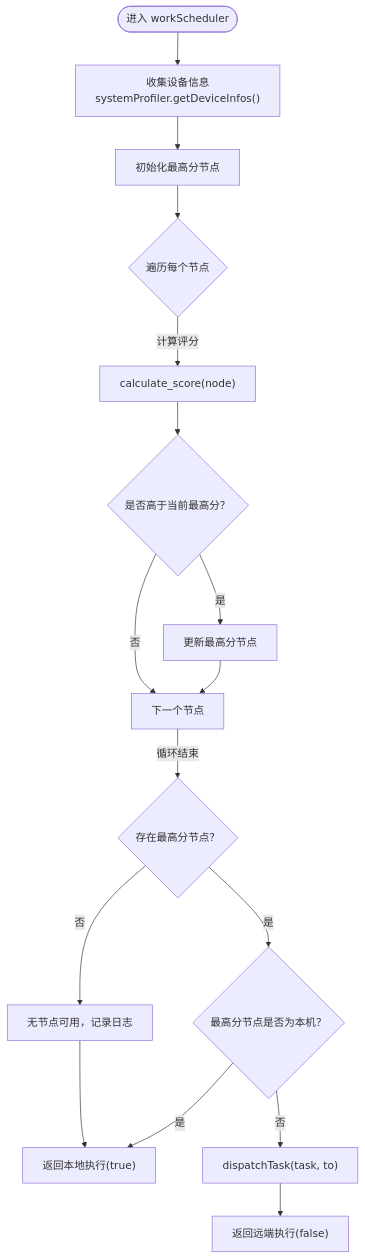
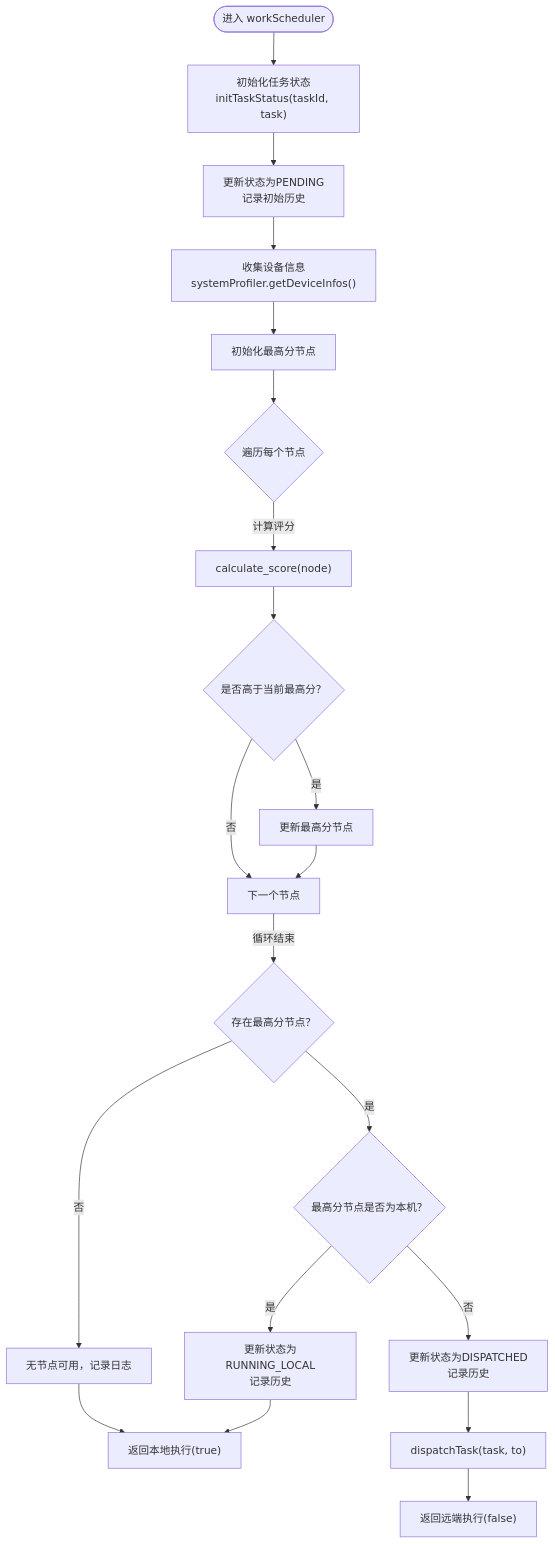
One commit to huo65/OH-Co3 changed the third of 8 diagrams in .qoder/repowiki/zh/content/任务调度系统/任务调度器.md. Above: the diagram before and after it, drawn with Mermaid. The commit also changed other lines of this file and 6 other files, not shown here.

````diff
--- a/.qoder/repowiki/zh/content/任务调度系统/任务调度器.md
+++ b/.qoder/repowiki/zh/content/任务调度系统/任务调度器.md
@@ -182,16 +203,18 @@
 ```mermaid
 flowchart TD
-Start(["进入 workScheduler"]) --> Collect["收集设备信息<br/>systemProfiler.getDeviceInfos()"]
+Start(["进入 workScheduler"]) --> InitStatus["初始化任务状态<br/>initTaskStatus(taskId, task)"]
+InitStatus --> UpdatePending["更新状态为PENDING<br/>记录初始历史"]
+UpdatePending --> Collect["收集设备信息<br/>systemProfiler.getDeviceInfos()"]
 Collect --> InitBest["初始化最高分节点"]
 InitBest --> Loop{"遍历每个节点"}
 Loop --> |计算评分| Score["calculate_score(node)"]
 Score --> Compare{"是否高于当前最高分？"}
 Compare --> |是| Update["更新最高分节点"]
 Compare --> |否| Next["下一个节点"]
 Update --> Next
 Next --> |循环结束| Decide{"存在最高分节点？"}
 Decide --> |否| Log["无节点可用，记录日志"] --> ReturnLocal["返回本地执行(true)"]
 Decide --> |是| CheckOwn{"最高分节点是否为本机？"}
-CheckOwn --> |是| ReturnLocal
-CheckOwn --> |否| Dispatch["dispatchTask(task, to)"] --> ReturnRemote["返回远端执行(false)"]
+CheckOwn --> |是| UpdateLocal["更新状态为RUNNING_LOCAL<br/>记录历史"] --> ReturnLocal
+CheckOwn --> |否| UpdateDispatched["更新状态为DISPATCHED<br/>记录历史"] --> Dispatch["dispatchTask(task, to)"] --> ReturnRemote["返回远端执行(false)"]
 ```
````
